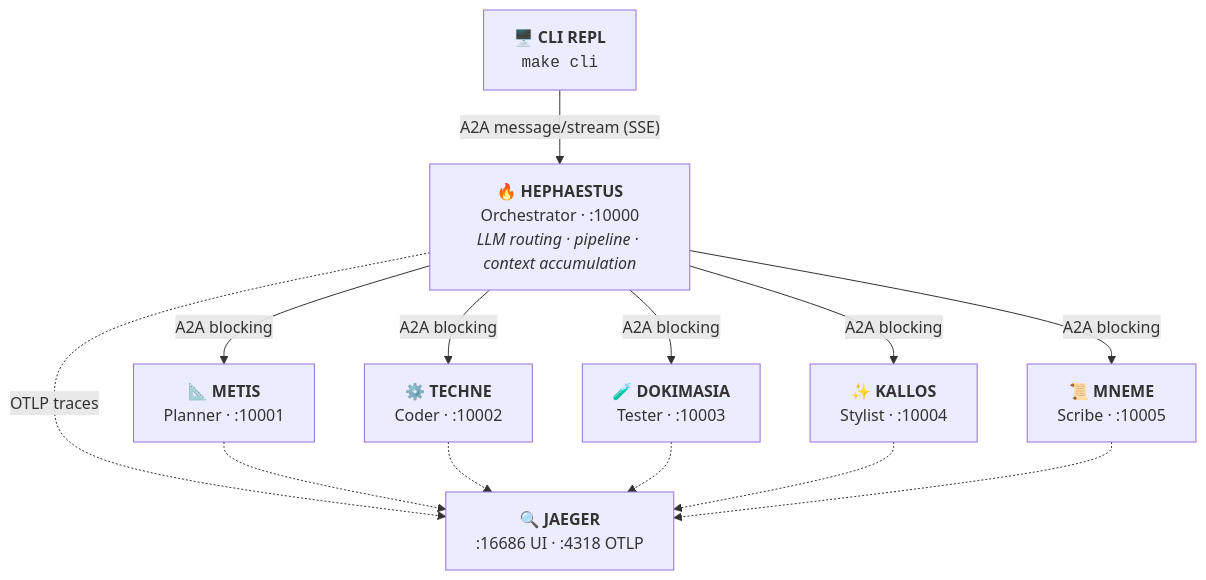
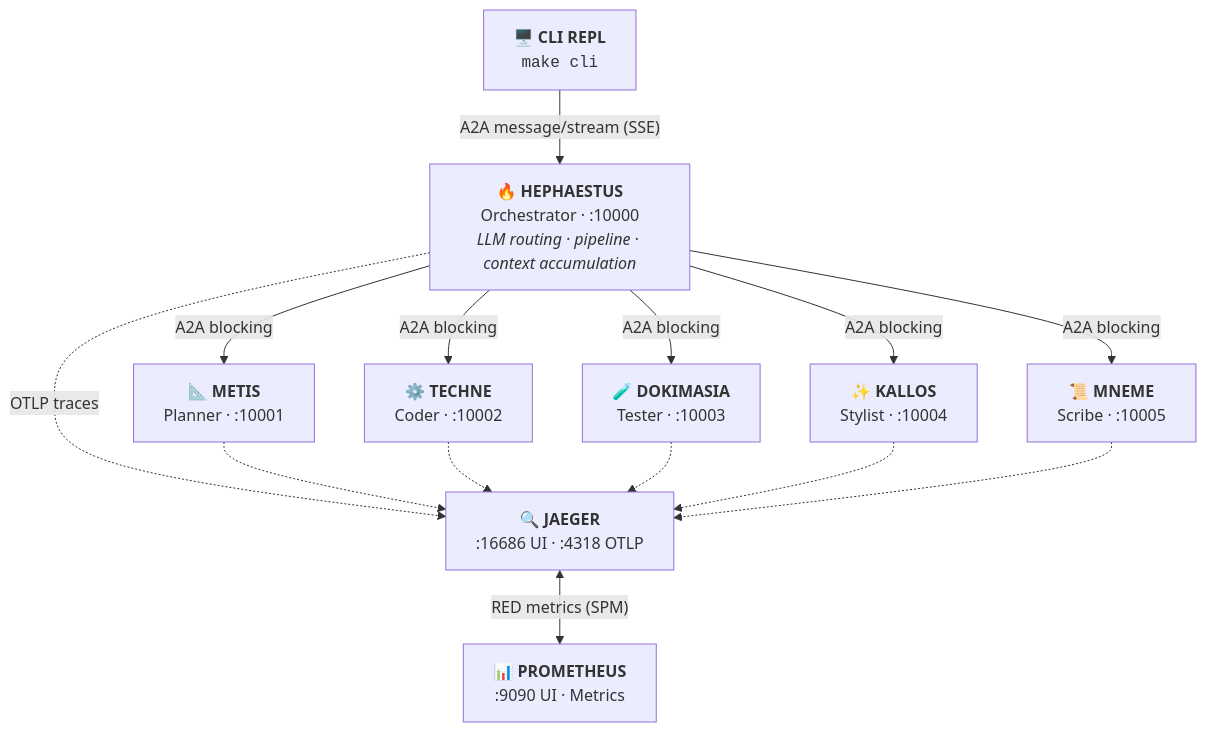
One commit to ajbarea/kourai-khryseai changed the diagram in docs/architecture/index.md. Above: the diagram before and after it, drawn with Mermaid. The commit also changed other lines of this file and 10 other files, not shown here.

````diff
--- a/docs/architecture/index.md
+++ b/docs/architecture/index.md
@@ -5,24 +17,26 @@
 ```mermaid
 flowchart TD
     CLI["🖥️ <b>CLI REPL</b><br/><code>make cli</code>"]
     HEP["🔥 <b>HEPHAESTUS</b><br/>Orchestrator · :10000<br/><i>LLM routing · pipeline · context accumulation</i>"]
     MET["📐 <b>METIS</b><br/>Planner · :10001"]
     TEC["⚙️ <b>TECHNE</b><br/>Coder · :10002"]
     DOK["🧪 <b>DOKIMASIA</b><br/>Tester · :10003"]
     KAL["✨ <b>KALLOS</b><br/>Stylist · :10004"]
     MNE["📜 <b>MNEME</b><br/>Scribe · :10005"]
     JAE["🔍 <b>JAEGER</b><br/>:16686 UI · :4318 OTLP"]
+    PRO["📊 <b>PROMETHEUS</b><br/>:9090 UI · Metrics"]
 
     CLI -->|"A2A message/stream (SSE)"| HEP
     HEP -->|"A2A blocking"| MET
     HEP -->|"A2A blocking"| TEC
     HEP -->|"A2A blocking"| DOK
     HEP -->|"A2A blocking"| KAL
     HEP -->|"A2A blocking"| MNE
     HEP -.->|"OTLP traces"| JAE
     MET -.-> JAE
     TEC -.-> JAE
     DOK -.-> JAE
     KAL -.-> JAE
     MNE -.-> JAE
+    JAE <-->|"RED metrics (SPM)"| PRO
 ```
````
